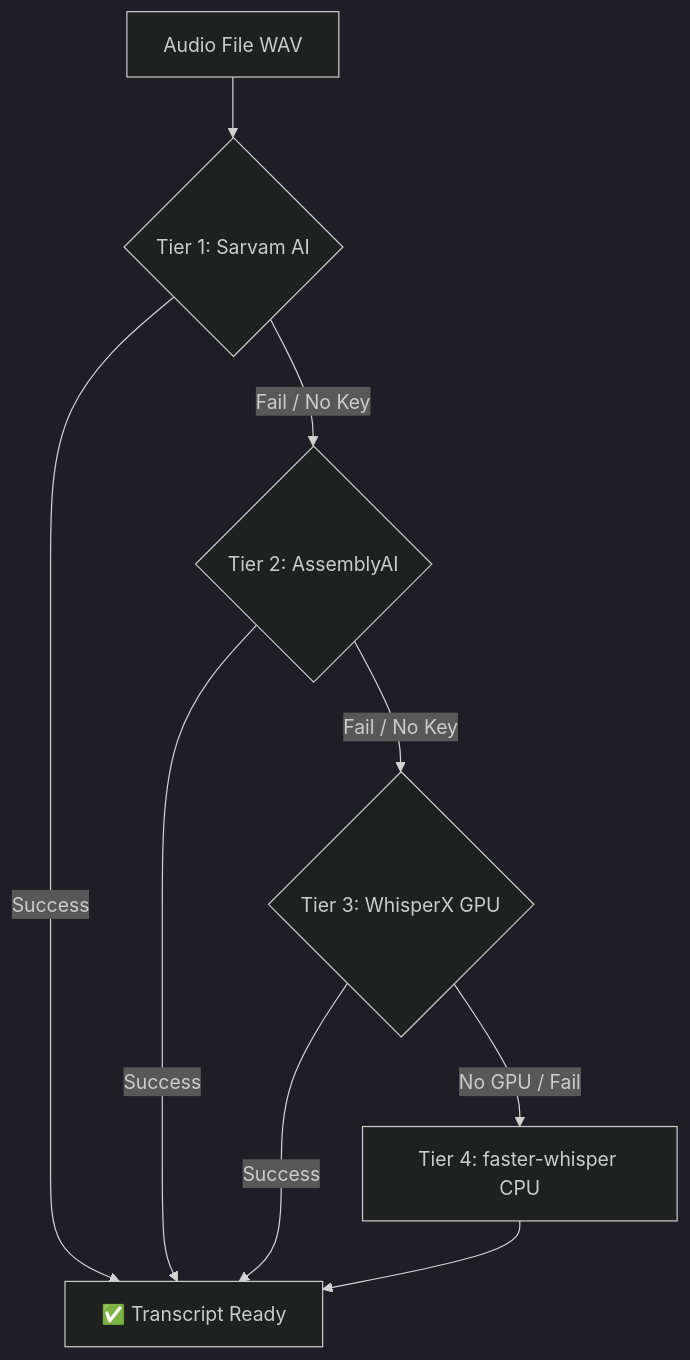
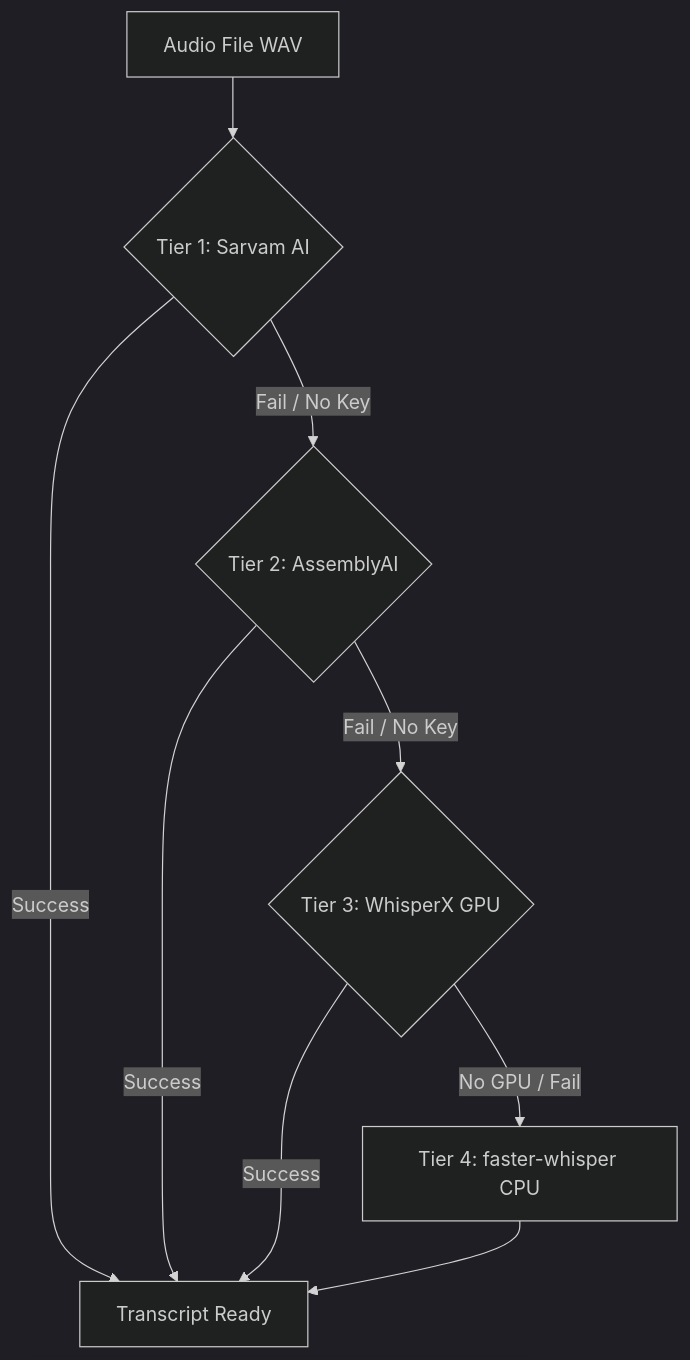
Before and after one commit to Shubhadapalwe/AI-Meeting-Platform: the second of 2 diagrams in README.md, drawn with Mermaid (dark theme). The commit also changed other lines of this file, not shown here.

````diff
--- a/README.md
+++ b/README.md
@@ -389,11 +389,11 @@
 ```mermaid
 flowchart TD
     A[Audio File WAV] --> B{Tier 1: Sarvam AI}
-    B -->|Success| Z[✅ Transcript Ready]
+    B -->|Success| Z[ Transcript Ready]
     B -->|Fail / No Key| C{Tier 2: AssemblyAI}
     C -->|Success| Z
     C -->|Fail / No Key| D{Tier 3: WhisperX GPU}
     D -->|Success| Z
     D -->|No GPU / Fail| E[Tier 4: faster-whisper CPU]
     E --> Z
 ```
````
